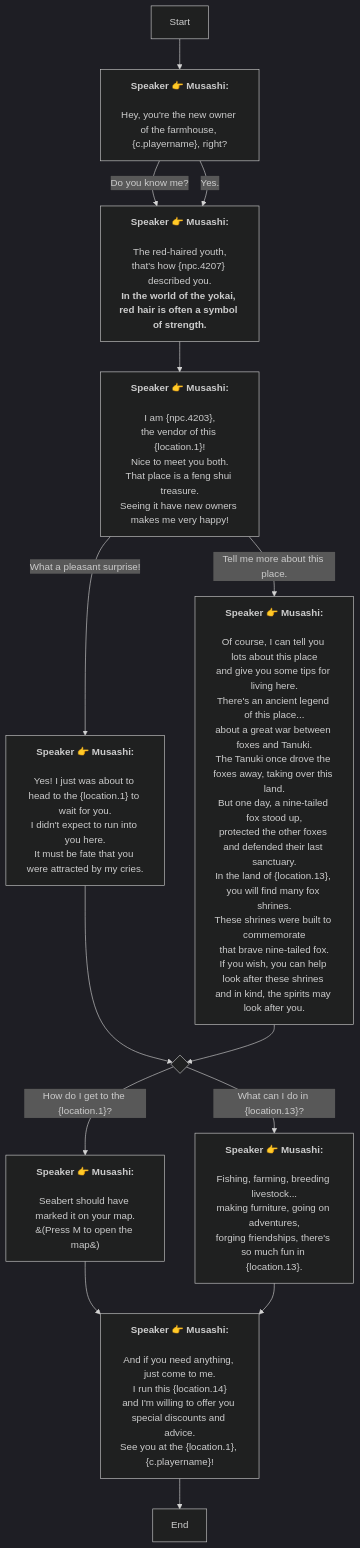
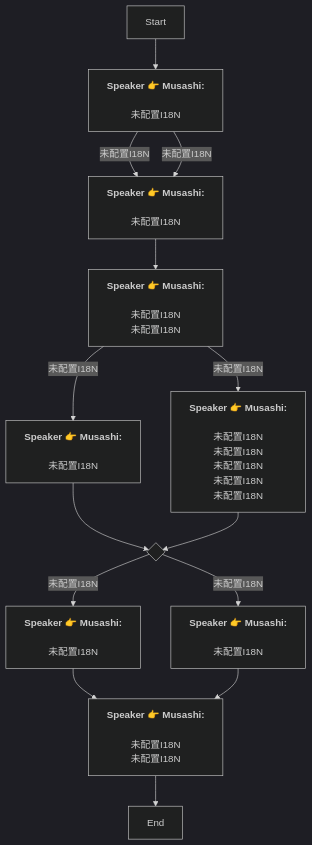
One commit to SoftHu/tos_avg changed the diagram in En/AddDialogNode_1738912268757183.md. Above: the diagram before and after it, drawn with Mermaid (dark theme). The commit also changed 730 other files, not shown here.

````diff
--- a/En/AddDialogNode_1738912268757183.md
+++ b/En/AddDialogNode_1738912268757183.md
@@ -1,51 +1,27 @@
 ```mermaid
 graph
 Start -->1738912725988551[<b>Speaker 👉 Musashi:</b>
-\nHey, you're the new owner of the farmhouse, &lbrace;c.playername&rbrace;, right?]
-1738912725988551 -->|Do you know me?|1738977842280613[<b>Speaker 👉 Musashi:</b>
-\nThe red-haired youth,
-that's how &lbrace;npc.4207&rbrace; described you.
-<b>In the world of the yokai, red hair is often a symbol of strength.</b>]
-1738912725988551 -->|Yes.|1738977842280613[<b>Speaker 👉 Musashi:</b>
-\nThe red-haired youth,
-that's how &lbrace;npc.4207&rbrace; described you.
-<b>In the world of the yokai, red hair is often a symbol of strength.</b>]
+\n未配置I18N]
+1738912725988551 -->|未配置I18N|1738977842280613[<b>Speaker 👉 Musashi:</b>
+\n未配置I18N]
+1738912725988551 -->|未配置I18N|1738977842280613[<b>Speaker 👉 Musashi:</b>
+\n未配置I18N]
 1738977842280613 -->1740664161411315[<b>Speaker 👉 Musashi:</b>
-\nI am &lbrace;npc.4203&rbrace;,
-the vendor of this &lbrace;location.1&rbrace;!
-Nice to meet you both.\nThat place is a feng shui treasure.
-Seeing it have new owners makes me very happy!]
-434744559668522 -->|What can I do in &lbrace;location.13&rbrace;?|1738979238631604[<b>Speaker 👉 Musashi:</b>
-\nFishing, farming, breeding livestock...
-making furniture, going on adventures,
-forging friendships, there's so much fun in &lbrace;location.13&rbrace;.]
-434744559668522 -->|How do I get to the &lbrace;location.1&rbrace;?|1738979190730931[<b>Speaker 👉 Musashi:</b>
-\nSeabert should have marked it on your map.
-&#40;Press M to open the map&#41;]
-1740664161411315 -->|Tell me more about this place.|1738978401349804[<b>Speaker 👉 Musashi:</b>
-\nOf course, I can tell you lots about this place
-and give you some tips for living here.\nThere's an ancient legend of this place...
-about a great war between foxes and Tanuki.
-The Tanuki once drove the foxes away, taking over this land.\nBut one day, a nine-tailed fox stood up,
-protected the other foxes and defended their last 
-sanctuary.\nIn the land of &lbrace;location.13&rbrace;, you will find many fox shrines.
-These shrines were built to commemorate
-that brave nine-tailed fox.\nIf you wish, you can help look after these shrines 
-and in kind, the spirits may look after you.]
-1740664161411315 -->|What a pleasant surprise!|1738978238674091[<b>Speaker 👉 Musashi:</b>
-\nYes! I just was about to head to the &lbrace;location.1&rbrace; to wait for you.
-I didn't expect to run into you here.
-It must be fate that you were attracted by my cries.]
+\n未配置I18N\n未配置I18N]
+434744559668522 -->|未配置I18N|1738979238631604[<b>Speaker 👉 Musashi:</b>
+\n未配置I18N]
+434744559668522 -->|未配置I18N|1738979190730931[<b>Speaker 👉 Musashi:</b>
+\n未配置I18N]
+1740664161411315 -->|未配置I18N|1738978401349804[<b>Speaker 👉 Musashi:</b>
+\n未配置I18N\n未配置I18N\n未配置I18N\n未配置I18N\n未配置I18N]
+1740664161411315 -->|未配置I18N|1738978238674091[<b>Speaker 👉 Musashi:</b>
+\n未配置I18N]
 1738978238674091 -->434744559668522{ }
 1738979190730931 -->1738979147702450[<b>Speaker 👉 Musashi:</b>
-\nAnd if you need anything, just come to me.
-I run this &lbrace;location.14&rbrace;
-and I'm willing to offer you special discounts and advice.\nSee you at the &lbrace;location.1&rbrace;, &lbrace;c.playername&rbrace;!]
+\n未配置I18N\n未配置I18N]
 1738979147702450 -->1738912730366152[End]
 1738979238631604 -->1738979147702450[<b>Speaker 👉 Musashi:</b>
-\nAnd if you need anything, just come to me.
-I run this &lbrace;location.14&rbrace;
-and I'm willing to offer you special discounts and advice.\nSee you at the &lbrace;location.1&rbrace;, &lbrace;c.playername&rbrace;!]
+\n未配置I18N\n未配置I18N]
 1738978401349804 -->434744559668522{ }
 
 ```
````
